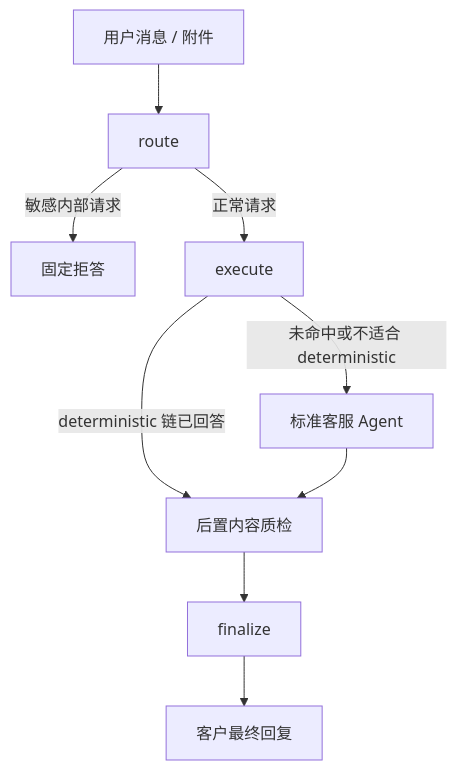
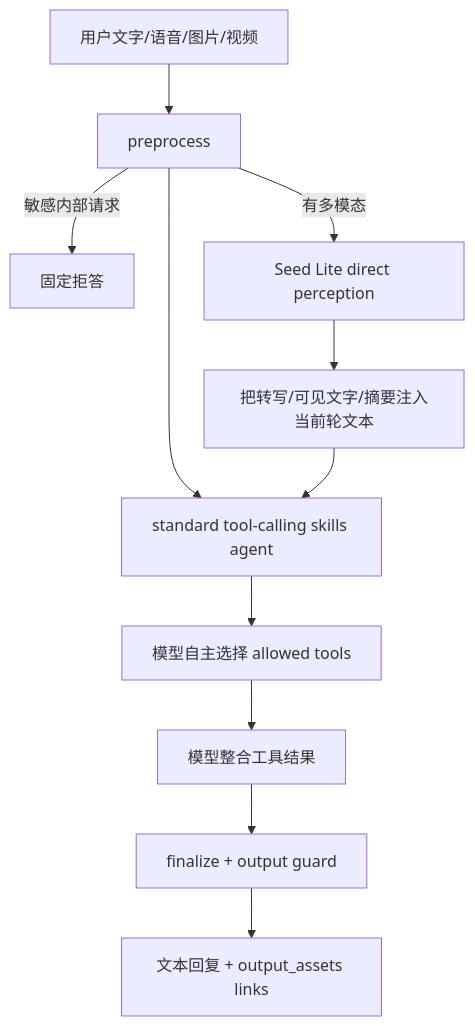
One commit to lr12338/hifleet-agent changed the second of 3 diagrams in docs/AGENT_TECHNICAL_DOCUMENTATION.md. Above: the diagram before and after it, drawn with Mermaid. The commit also changed other lines of this file and 41 other files, not shown here.

````diff
--- a/docs/AGENT_TECHNICAL_DOCUMENTATION.md
+++ b/docs/AGENT_TECHNICAL_DOCUMENTATION.md
@@ -83,11 +83,13 @@
 ```mermaid
 flowchart TD
-    Msg[用户消息 / 附件] --> RouteNode[route]
-    RouteNode -->|敏感内部请求| Refuse[固定拒答]
-    RouteNode -->|正常请求| Execute[execute]
-    Execute -->|deterministic 链已回答| Check[后置内容质检]
-    Execute -->|未命中或不适合 deterministic| Delegate[标准客服 Agent]
-    Delegate --> Check
-    Check --> Finalize[finalize]
-    Finalize --> Reply[客户最终回复]
+    Msg[用户文字/语音/图片/视频] --> Pre[preprocess]
+    Pre -->|敏感内部请求| Refuse[固定拒答]
+    Pre -->|有多模态| Perception[Seed Lite direct perception]
+    Perception --> Rewrite[把转写/可见文字/摘要注入当前轮文本]
+    Pre --> Delegate[standard tool-calling skills agent]
+    Rewrite --> Delegate
+    Delegate --> Tools[模型自主选择 allowed tools]
+    Tools --> Answer[模型整合工具结果]
+    Answer --> Finalize[finalize + output guard]
+    Finalize --> Reply[文本回复 + output_assets links]
 ```
````
